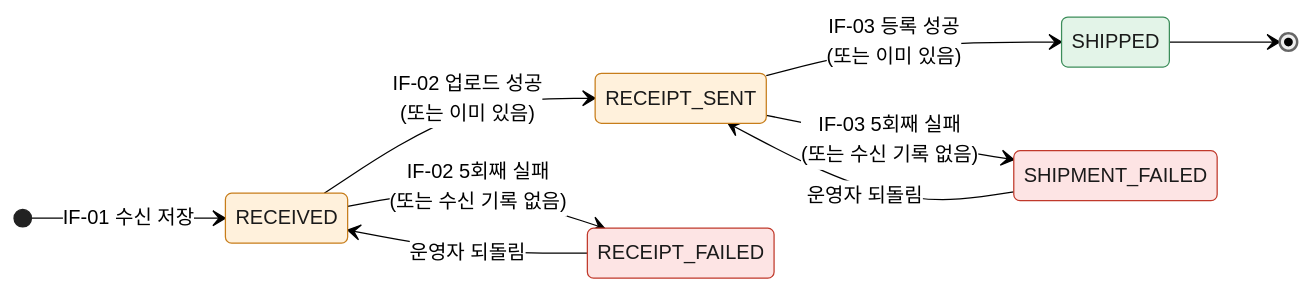
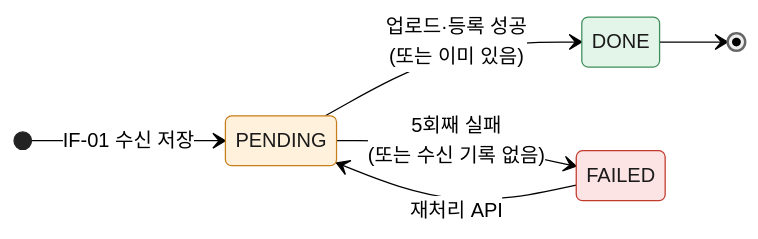
The ninth of 21 diagrams in docs/design.md (milkkwong2/inspien-assignment), drawn with Mermaid (neutral theme) before and after one commit. The commit also changed other lines of this file and 2 other files, not shown here.

````diff
--- a/docs/design.md
+++ b/docs/design.md
@@ -650,19 +710,16 @@
 ```mermaid
 stateDiagram-v2
     direction LR
-    [*] --> RECEIVED: IF-01 수신 저장
-    RECEIVED --> RECEIPT_SENT: IF-02 업로드 성공<br/>(또는 이미 있음)
-    RECEIVED --> RECEIPT_FAILED: IF-02 5회째 실패<br/>(또는 수신 기록 없음)
-    RECEIPT_SENT --> SHIPPED: IF-03 등록 성공<br/>(또는 이미 있음)
-    RECEIPT_SENT --> SHIPMENT_FAILED: IF-03 5회째 실패<br/>(또는 수신 기록 없음)
-    RECEIPT_FAILED --> RECEIVED: 운영자 되돌림
-    SHIPMENT_FAILED --> RECEIPT_SENT: 운영자 되돌림
-    SHIPPED --> [*]
+    [*] --> PENDING: IF-01 수신 저장
+    PENDING --> DONE: 업로드·등록 성공<br/>(또는 이미 있음)
+    PENDING --> FAILED: 5회째 실패<br/>(또는 수신 기록 없음)
+    FAILED --> PENDING: 재처리 API
+    DONE --> [*]
 
     classDef ok fill:#e3f4e8,stroke:#3c8d5a,color:#1a1a1a
     classDef wait fill:#fff1dc,stroke:#c77d1a,color:#1a1a1a
     classDef fail fill:#fde4e4,stroke:#c0392b,color:#1a1a1a
-    class RECEIVED, RECEIPT_SENT wait
-    class SHIPPED ok
-    class RECEIPT_FAILED, SHIPMENT_FAILED fail
+    class PENDING wait
+    class DONE ok
+    class FAILED fail
 ```
````
